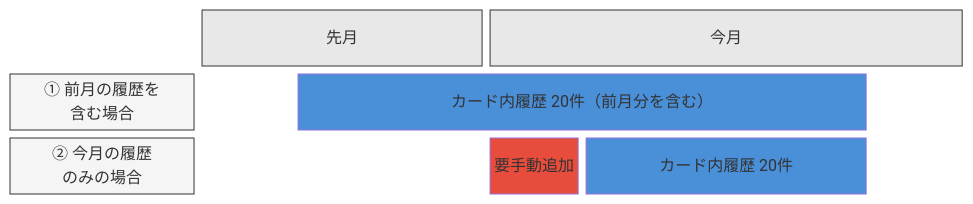
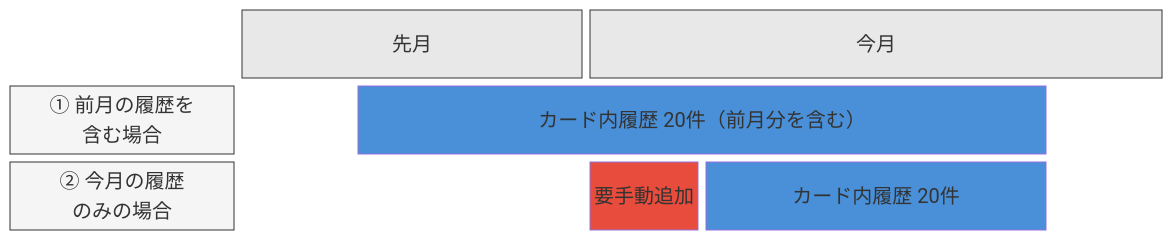
The diagram in ICCardManager/docs/manual/管理者マニュアル.md (kuwayamamasayuki/ICCardManager), drawn with Mermaid before and after one commit.

Commit message:
docs: Mermaid図のサイズをA4横に合わせて調整 (#950)
pandocコードブロック属性でwidth=900を指定し、
initディレクティブでfontSize=20pxを設定。
A4横（余白除き約247mm≒900px相当）を前提としたサイズ調整。

````diff
--- a/ICCardManager/docs/manual/管理者マニュアル.md
+++ b/ICCardManager/docs/manual/管理者マニュアル.md
@@ -376,24 +376,25 @@
-```mermaid
+```{.mermaid width=900}
+%%{init: {"themeVariables": {"fontSize": "20px"}}}%%
 block-beta
     columns 10
     space:2 B["先月"]:3 C["今月"]:5
 
     A1["① 前月の履歴を\n含む場合"]:2
     space:1
     D1["カード内履歴 20件（前月分を含む）"]:6
     space:1
 
     A2["② 今月の履歴\nのみの場合"]:2
     space:3
     E2["要手動追加"]:1
     D2["カード内履歴 20件"]:3
     space:1
 
     style D1 fill:#4A90D9,color:#fff
     style D2 fill:#4A90D9,color:#fff
     style E2 fill:#E74C3C,color:#fff
     style A1 fill:#f5f5f5,stroke:#333
     style A2 fill:#f5f5f5,stroke:#333
     style B fill:#e8e8e8,stroke:#333
     style C fill:#e8e8e8,stroke:#333
 ```
````
